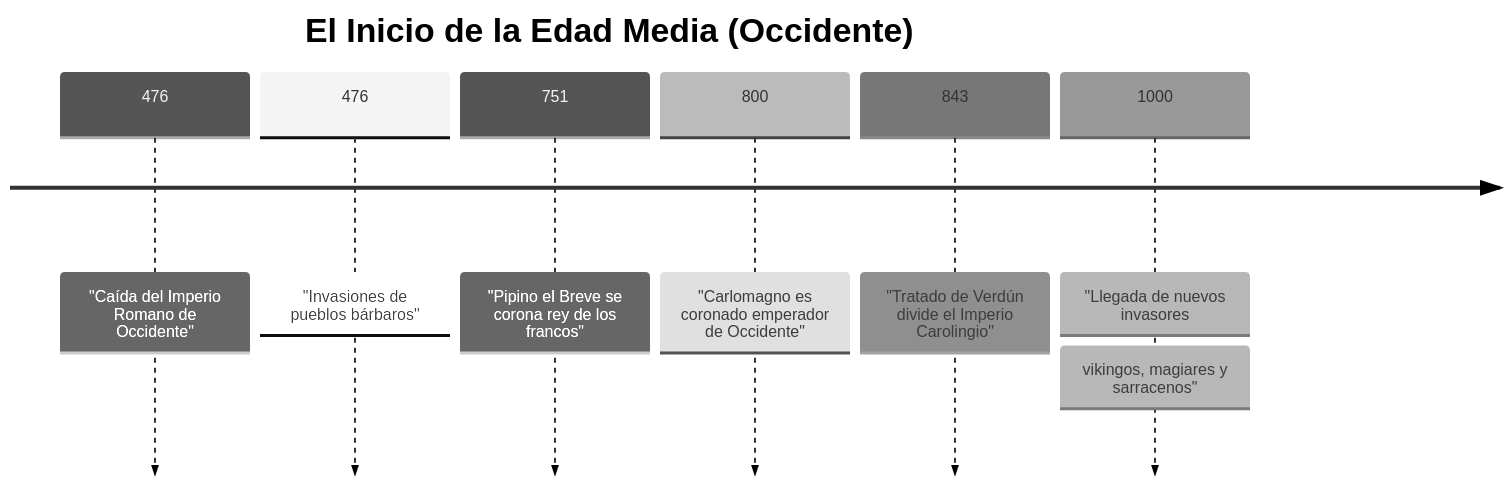
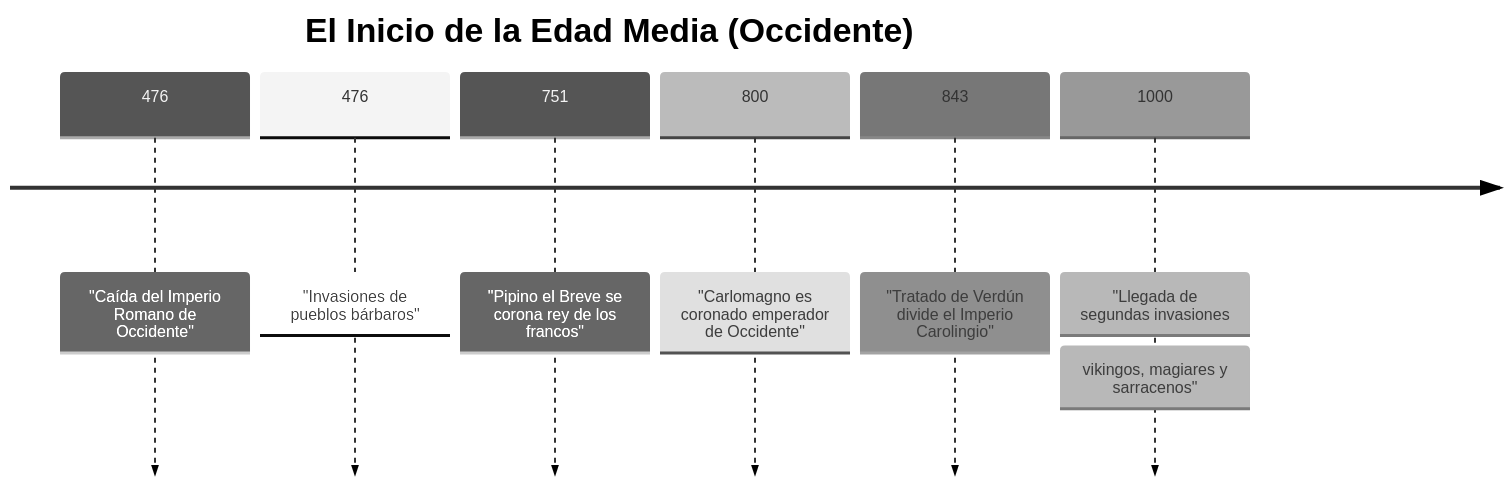
The first of 2 diagrams in historia/Tema1. Inicio Edad Media.md (ajab138/ESO_Segundo), drawn with Mermaid (neutral theme) before and after one commit.

Commit message:
Update Tema1. Inicio Edad Media.md

````diff
--- a/historia/Tema1. Inicio Edad Media.md
+++ b/historia/Tema1. Inicio Edad Media.md
@@ -2,10 +2,10 @@
 ```mermaid
 timeline
     title El Inicio de la Edad Media (Occidente)
     476 : "Caída del Imperio Romano de Occidente"
     476 : "Invasiones de pueblos bárbaros"
     751 : "Pipino el Breve se corona rey de los francos"
     800 : "Carlomagno es coronado emperador de Occidente"
     843 : "Tratado de Verdún divide el Imperio Carolingio"
-    1000 : "Llegada de nuevos invasores: vikingos, magiares y sarracenos"
+    1000 : "Llegada de segundas invasiones: vikingos, magiares y sarracenos"
 ```
````
